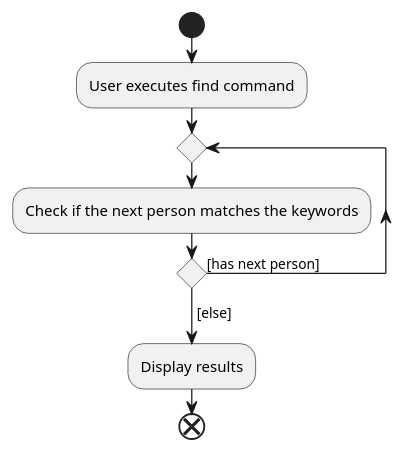
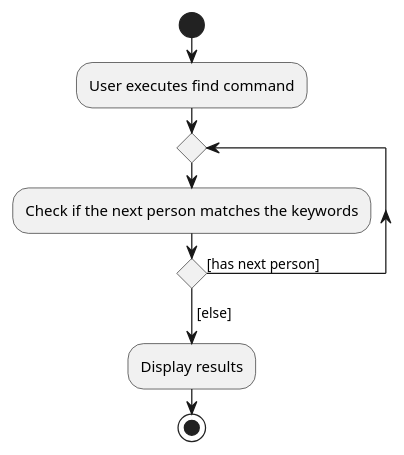
One commit to nus-cs2103-AY2021S2/tp changed the diagram in docs/diagrams/FindActivityDiagram.puml. Above: the diagram before and after it, drawn with PlantUML. The commit also changed 2 other files, not shown here.

```diff
--- a/docs/diagrams/FindActivityDiagram.puml
+++ b/docs/diagrams/FindActivityDiagram.puml
@@ -1,10 +1,10 @@
 @startuml
 start
 :User executes find command;
 repeat
     :Check if the next person matches the keywords;
 repeat while () is ([has next person])
 -> [else];
 :Display results;
-end
+stop
 @enduml
```
